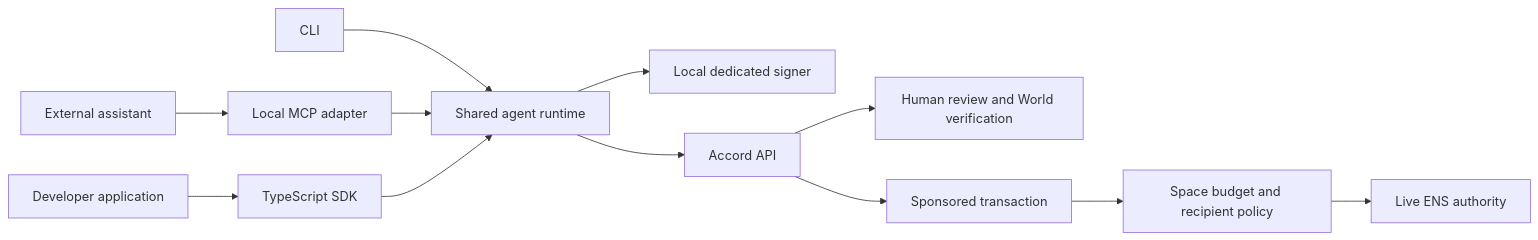
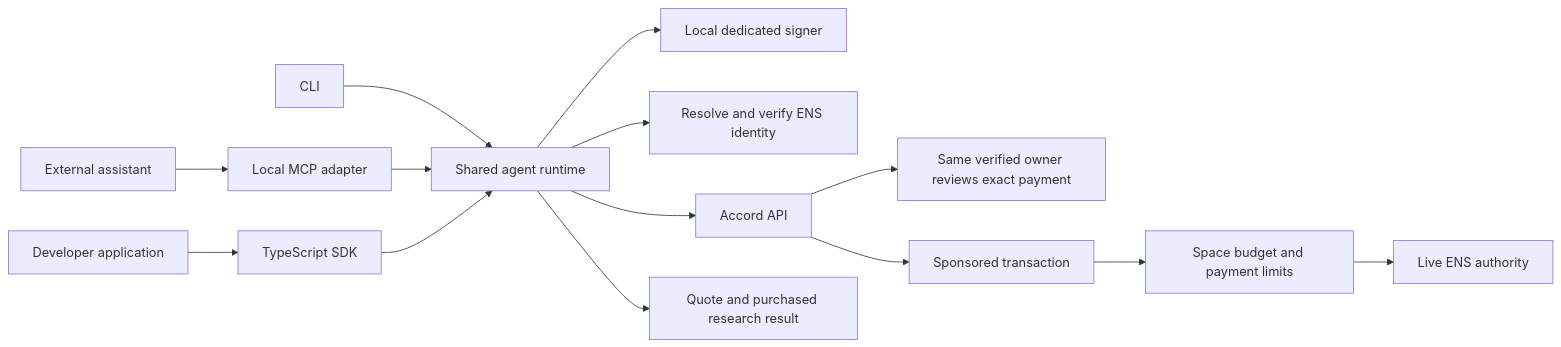
One commit to hrsh22/ethtokyo26 changed the diagram in docs/agent-developer-toolkit-plan.md. Above: the diagram before and after it, drawn with Mermaid. The commit also changed other lines of this file, not shown here.

Commit message:
Sharpen agent toolkit plan for ENS and World prize demo

````diff
--- a/docs/agent-developer-toolkit-plan.md
+++ b/docs/agent-developer-toolkit-plan.md
@@ -46,14 +61,16 @@
 ```mermaid
 flowchart LR
   Assistant[External assistant] --> MCP[Local MCP adapter]
   Program[Developer application] --> SDK[TypeScript SDK]
   Terminal[CLI] --> Runtime[Shared agent runtime]
   MCP --> Runtime
   SDK --> Runtime
   Runtime --> Signer[Local dedicated signer]
+  Runtime --> Identity[Resolve and verify ENS identity]
   Runtime --> API[Accord API]
-  API --> Review[Human review and World verification]
+  API --> Review[Same verified owner reviews exact payment]
   API --> Relay[Sponsored transaction]
-  Relay --> Space[Space budget and recipient policy]
+  Relay --> Space[Space budget and payment limits]
   Space --> ENS[Live ENS authority]
+  Runtime --> Merchant[Quote and purchased research result]
 ```
````
